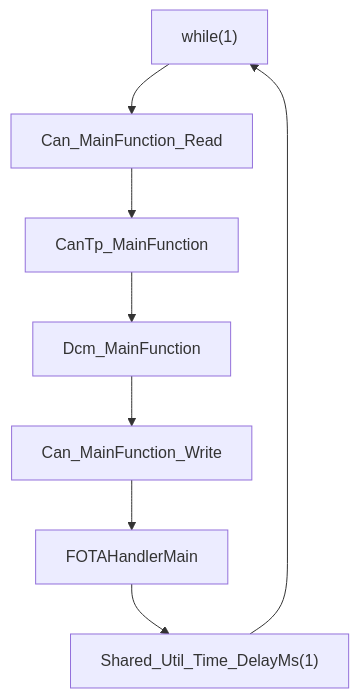
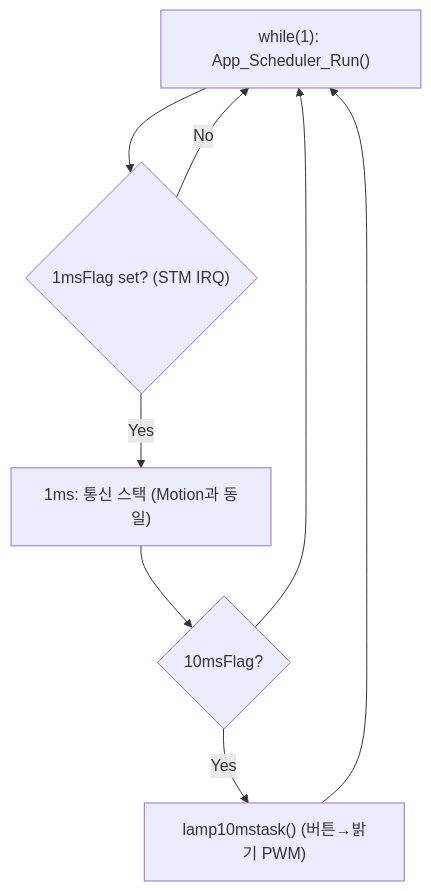
One commit to kdt-fibonacci/fota-reprogramming changed the third of 3 diagrams in docs/05_lighting_ecu_architecture.md. Above: the diagram before and after it, drawn with Mermaid. The commit also changed other lines of this file and 5 other files, not shown here.

````diff
--- a/docs/05_lighting_ecu_architecture.md
+++ b/docs/05_lighting_ecu_architecture.md
@@ -77,10 +83,10 @@
 ```mermaid
 flowchart TD
-    S["while(1)"] --> R["Can_MainFunction_Read"]
-    R --> C["CanTp_MainFunction"]
-    C --> D["Dcm_MainFunction"]
-    D --> W["Can_MainFunction_Write"]
-    W --> F["FOTAHandlerMain"]
-    F --> DLY["Shared_Util_Time_DelayMs(1)"]
-    DLY --> S
+    S["while(1): App_Scheduler_Run()"] --> CHK{"1msFlag set? (STM IRQ)"}
+    CHK -- No --> S
+    CHK -- Yes --> R1["1ms: 통신 스택 (Motion과 동일)"]
+    R1 --> T10{"10msFlag?"}
+    T10 -- Yes --> L["lamp10mstask() (버튼→밝기 PWM)"]
+    T10 --> S
+    L --> S
 ```
````
